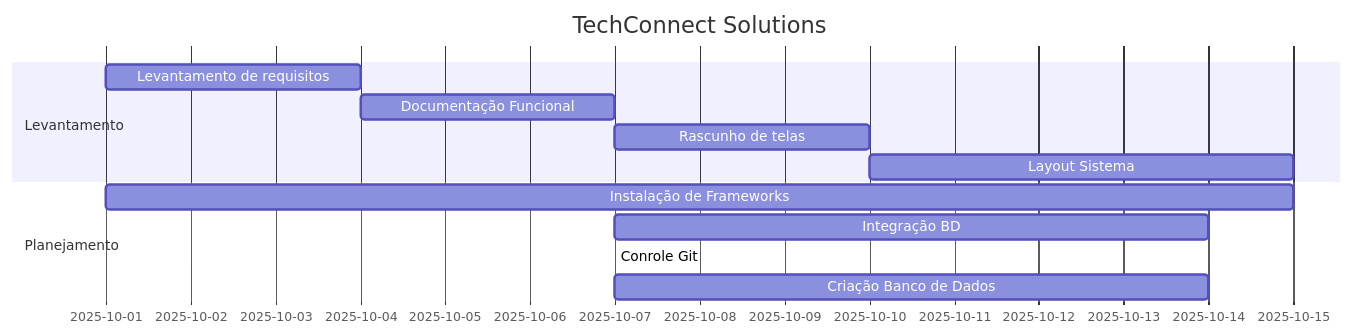
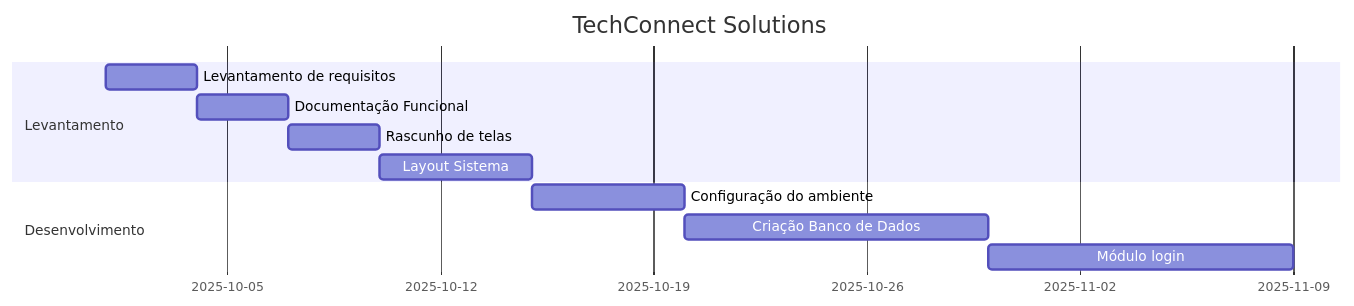
One commit to AnandaMazine/Grafico-Gantt changed the first of 3 diagrams in README.md. Above: the diagram before and after it, drawn with Mermaid.

````diff
--- a/README.md
+++ b/README.md
@@ -1,16 +1,16 @@
 ```mermaid
 gantt
 title TechConnect Solutions
 dateFormat YYYY-MM-DD
 section Levantamento
 Levantamento de requisitos:lr, 2025-10-01, 3d
 Documentação Funcional:df, after lr, 3d
 Rascunho de telas:rt, after df, 3d
 Layout Sistema:ls, after rt, 5d
 
-section Planejamento
-Instalação de Frameworks:if, 2025-10-01, 14d
-Integração BD:ib, 2025-10-07, 7d
-Conrole Git: cg, 2025-10-07, 7s
-Criação Banco de Dados:db, 2025-10-07, 7d
+section Desenvolvimento
+Configuração do ambiente:ca, after ls, 5d
+Criação Banco de Dados:db, after ca, 10d
+Módulo login:ml, after db, 10d
+
 ```
````
